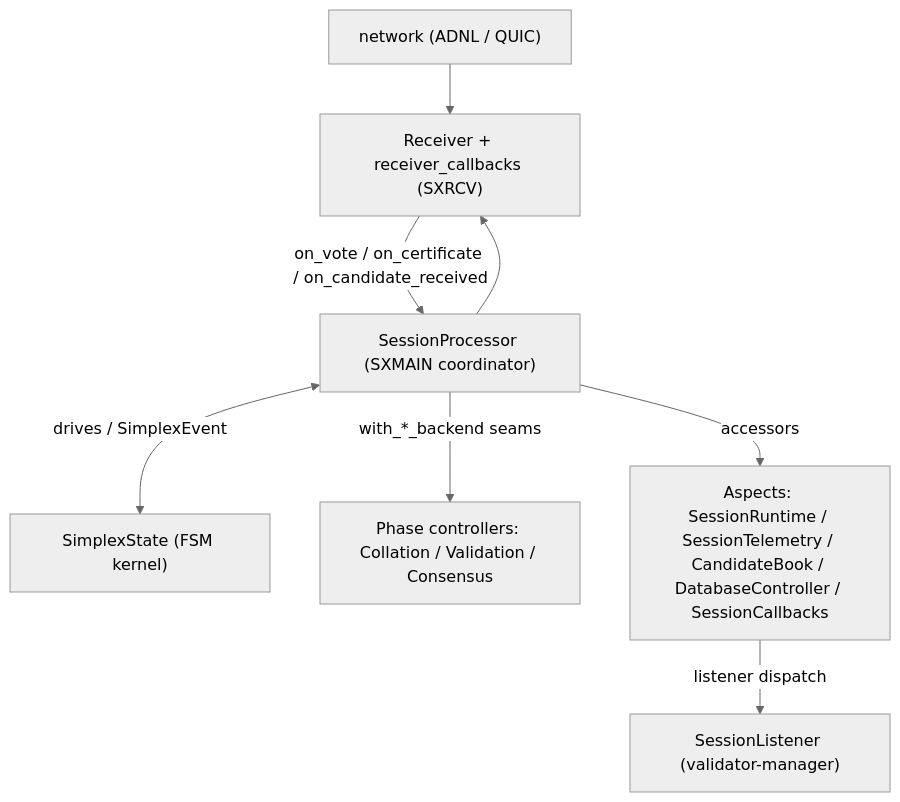
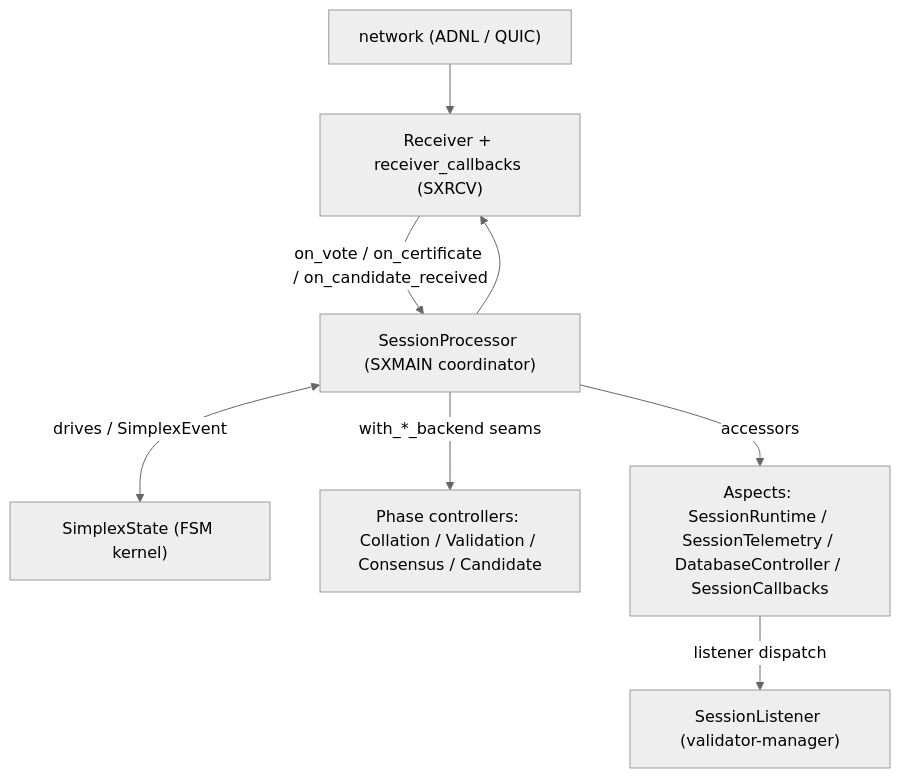
Before and after one commit to RSquad/ton-rust-node: the diagram in src/node/simplex/README.md, drawn with Mermaid (neutral theme). The commit also changed other lines of this file and 37 other files, not shown here.

````diff
--- a/src/node/simplex/README.md
+++ b/src/node/simplex/README.md
@@ -197,10 +218,10 @@
 ```mermaid
 flowchart TD
   net["network (ADNL / QUIC)"] --> rcv["Receiver + receiver_callbacks (SXRCV)"]
   rcv -->|"on_vote / on_certificate / on_candidate_received"| sp["SessionProcessor (SXMAIN coordinator)"]
   sp <-->|"drives / SimplexEvent"| fsm["SimplexState (FSM kernel)"]
-  sp -->|"with_*_backend seams"| ctrls["Phase controllers: Collation / Validation / Consensus"]
-  sp -->|accessors| aspects["Aspects: SessionRuntime / SessionTelemetry / CandidateBook / DatabaseController / SessionCallbacks"]
+  sp -->|"with_*_backend seams"| ctrls["Phase controllers: Collation / Validation / Consensus / Candidate"]
+  sp -->|accessors| aspects["Aspects: SessionRuntime / SessionTelemetry / DatabaseController / SessionCallbacks"]
   aspects -->|listener dispatch| listener["SessionListener (validator-manager)"]
   sp --> rcv
 ```
````
